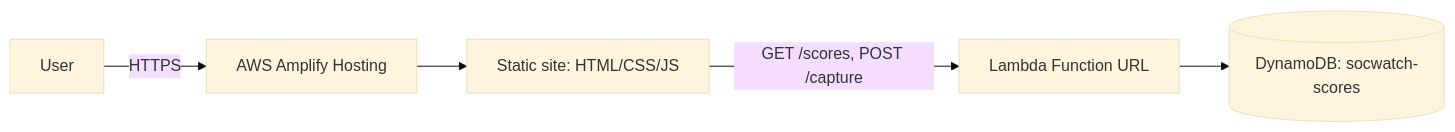
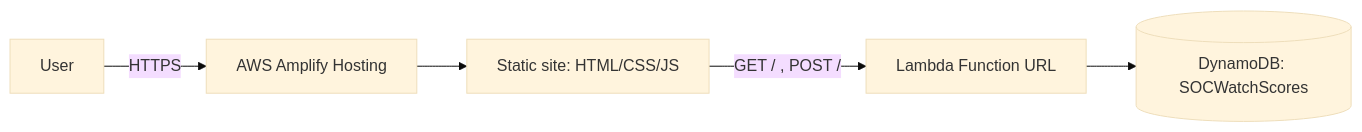
Before and after one commit to nishenmadawa15-collab/socwatch-portfolio: the diagram in README.md, drawn with Mermaid (base theme). The commit also changed other lines of this file and 8 other files, not shown here.

````diff
--- a/README.md
+++ b/README.md
@@ -28,7 +37,7 @@
 ```mermaid
 flowchart LR
   User -->|HTTPS| Amplify[AWS Amplify Hosting]
   Amplify --> Static[Static site: HTML/CSS/JS]
-  Static -->|GET /scores, POST /capture| Lambda[Lambda Function URL]
-  Lambda --> DDB[(DynamoDB: socwatch-scores)]
+  Static -->|GET / , POST / | Lambda[Lambda Function URL]
+  Lambda --> DDB[(DynamoDB: SOCWatchScores)]
 ```
````
